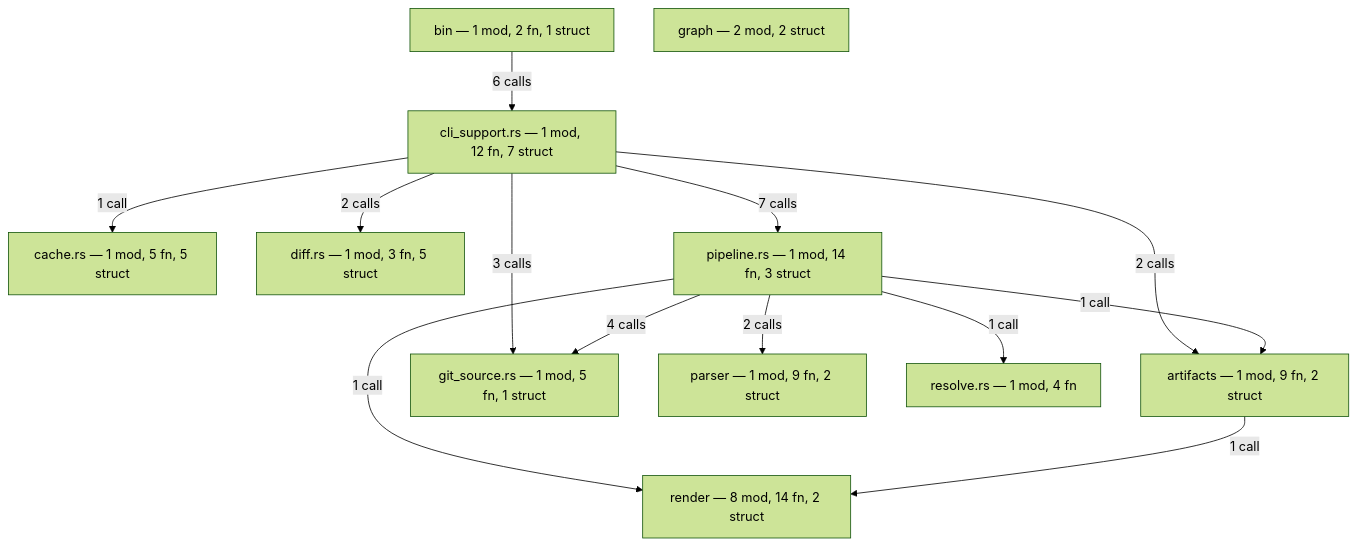
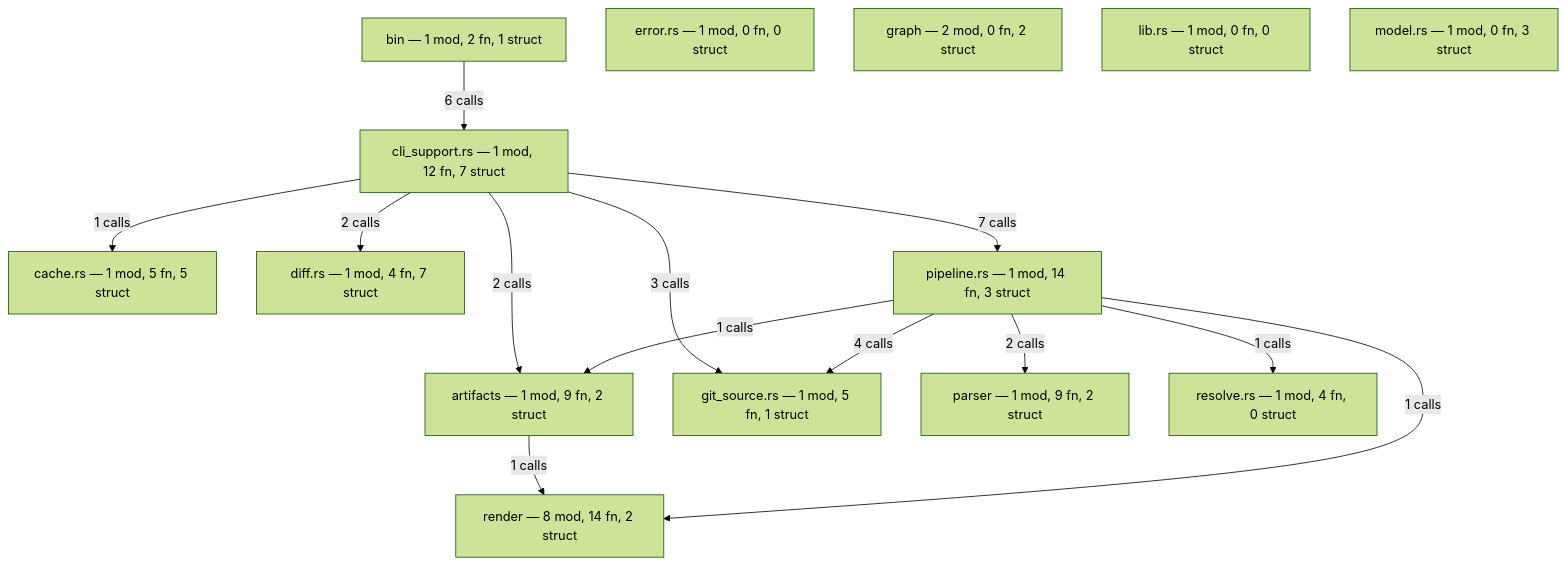
The first of 5 diagrams in README.md (anatta-rs/ast-to-mermaid), drawn with Mermaid (forest theme) before and after one commit. The commit also changed other lines of this file and 1 other file, not shown here.

First paragraph of the commit message:
fix(render): suffix reserved Mermaid keywords in node ids
A module named `graph` rendered as `graph["graph — 2 mod, 0 fn, 2 struct"]`
collided with the `graph TD` declaration on line 1 and crashed the
Mermaid parser:

````diff
--- a/README.md
+++ b/README.md
@@ -17,26 +17,29 @@
 ```mermaid
 graph TD
     artifacts["artifacts — 1 mod, 9 fn, 2 struct"]
     bin["bin — 1 mod, 2 fn, 1 struct"]
     cache_rs["cache.rs — 1 mod, 5 fn, 5 struct"]
     cli_support_rs["cli_support.rs — 1 mod, 12 fn, 7 struct"]
-    diff_rs["diff.rs — 1 mod, 3 fn, 5 struct"]
+    diff_rs["diff.rs — 1 mod, 4 fn, 7 struct"]
+    error_rs["error.rs — 1 mod, 0 fn, 0 struct"]
     git_source_rs["git_source.rs — 1 mod, 5 fn, 1 struct"]
-    graph_mod["graph — 2 mod, 2 struct"]
+    graph_["graph — 2 mod, 0 fn, 2 struct"]
+    lib_rs["lib.rs — 1 mod, 0 fn, 0 struct"]
+    model_rs["model.rs — 1 mod, 0 fn, 3 struct"]
     parser["parser — 1 mod, 9 fn, 2 struct"]
     pipeline_rs["pipeline.rs — 1 mod, 14 fn, 3 struct"]
     render["render — 8 mod, 14 fn, 2 struct"]
-    resolve_rs["resolve.rs — 1 mod, 4 fn"]
+    resolve_rs["resolve.rs — 1 mod, 4 fn, 0 struct"]
+    artifacts -->|"1 calls"| render
     bin -->|"6 calls"| cli_support_rs
+    cli_support_rs -->|"2 calls"| artifacts
+    cli_support_rs -->|"1 calls"| cache_rs
+    cli_support_rs -->|"2 calls"| diff_rs
+    cli_support_rs -->|"3 calls"| git_source_rs
     cli_support_rs -->|"7 calls"| pipeline_rs
-    cli_support_rs -->|"3 calls"| git_source_rs
-    cli_support_rs -->|"2 calls"| artifacts
-    cli_support_rs -->|"2 calls"| diff_rs
-    cli_support_rs -->|"1 call"| cache_rs
+    pipeline_rs -->|"1 calls"| artifacts
     pipeline_rs -->|"4 calls"| git_source_rs
     pipeline_rs -->|"2 calls"| parser
-    pipeline_rs -->|"1 call"| render
-    pipeline_rs -->|"1 call"| resolve_rs
-    pipeline_rs -->|"1 call"| artifacts
-    artifacts -->|"1 call"| render
+    pipeline_rs -->|"1 calls"| render
+    pipeline_rs -->|"1 calls"| resolve_rs
 ```
````
